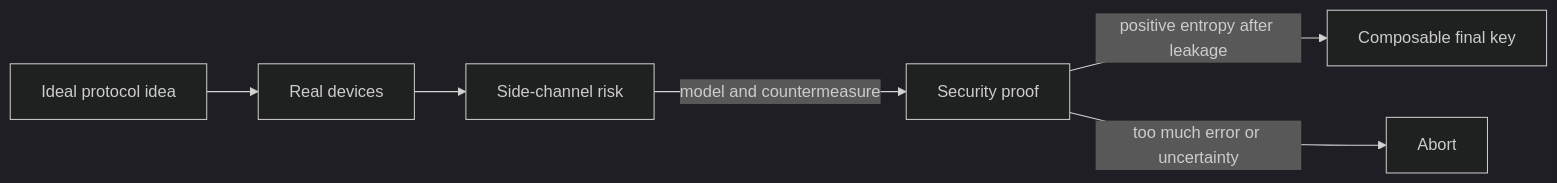
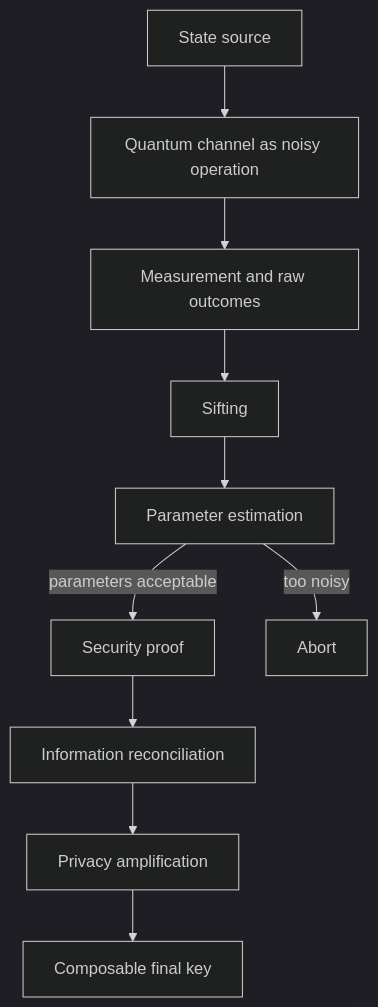
One commit to justinbrianhwang/SJ-wiki changed the diagram in docs/quantum-information-science/quantum-communication/qkd.md. Above: the diagram before and after it, drawn with Mermaid (dark theme). The commit also changed other lines of this file and 27 other files, not shown here.

````diff
--- a/docs/quantum-information-science/quantum-communication/qkd.md
+++ b/docs/quantum-information-science/quantum-communication/qkd.md
@@ -67,15 +115,23 @@
 ```mermaid
-flowchart LR
-  Ideal["Ideal protocol idea"]
-  Devices["Real devices"]
-  Side["Side-channel risk"]
+flowchart TD
+  Source["State source"]
+  Channel["Quantum channel as noisy operation"]
+  Measure["Measurement and raw outcomes"]
+  Sift["Sifting"]
+  Test["Parameter estimation"]
   Proof["Security proof"]
+  Rec["Information reconciliation"]
+  PA["Privacy amplification"]
   Key["Composable final key"]
   Abort["Abort"]
 
-  Ideal --> Devices
-  Devices --> Side
-  Side -->|model and countermeasure| Proof
-  Proof -->|positive entropy after leakage| Key
-  Proof -->|too much error or uncertainty| Abort
+  Source --> Channel
+  Channel --> Measure
+  Measure --> Sift
+  Sift --> Test
+  Test -->|parameters acceptable| Proof
+  Test -->|too noisy| Abort
+  Proof --> Rec
+  Rec --> PA
+  PA --> Key
 ```
````
